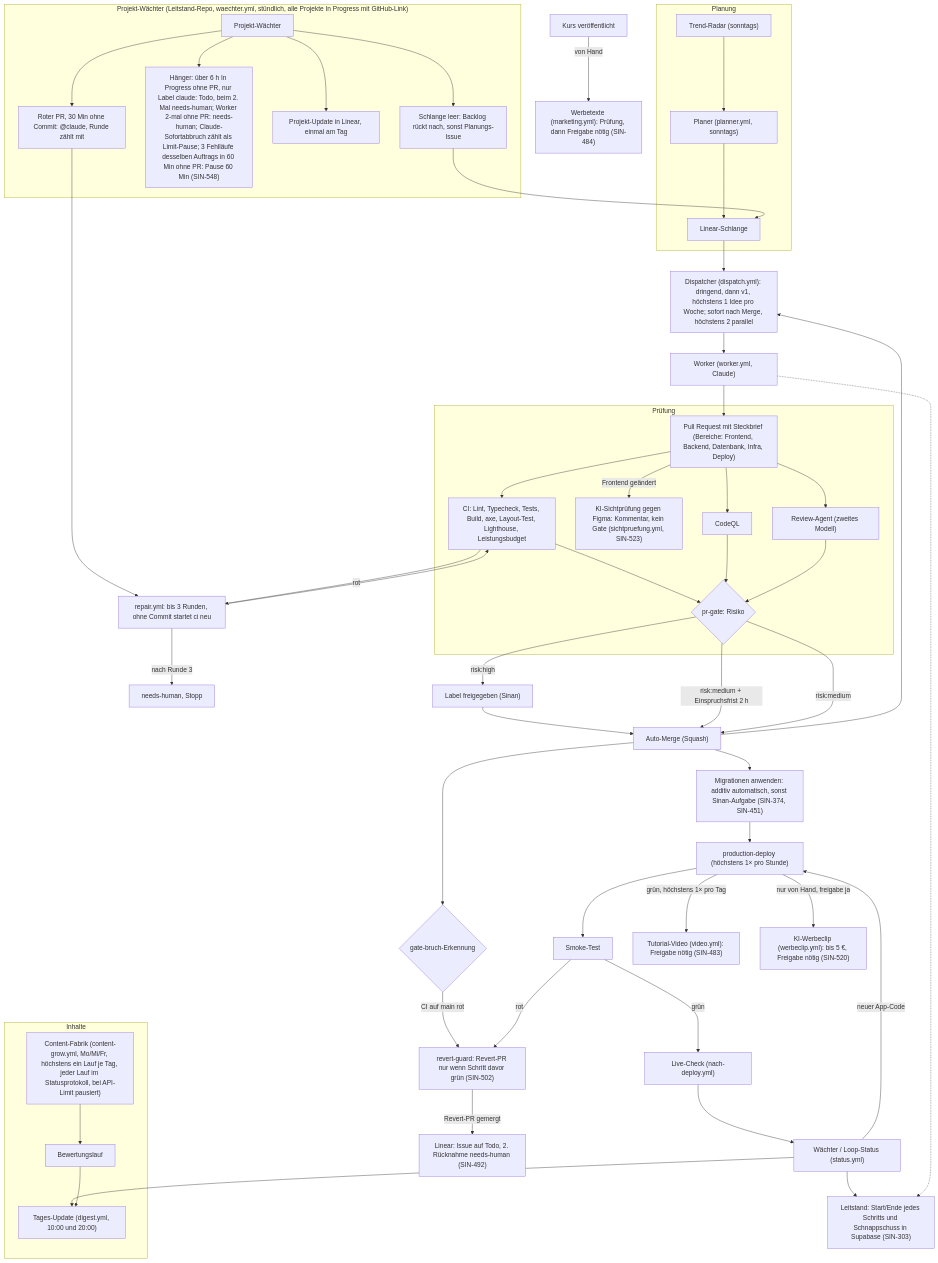
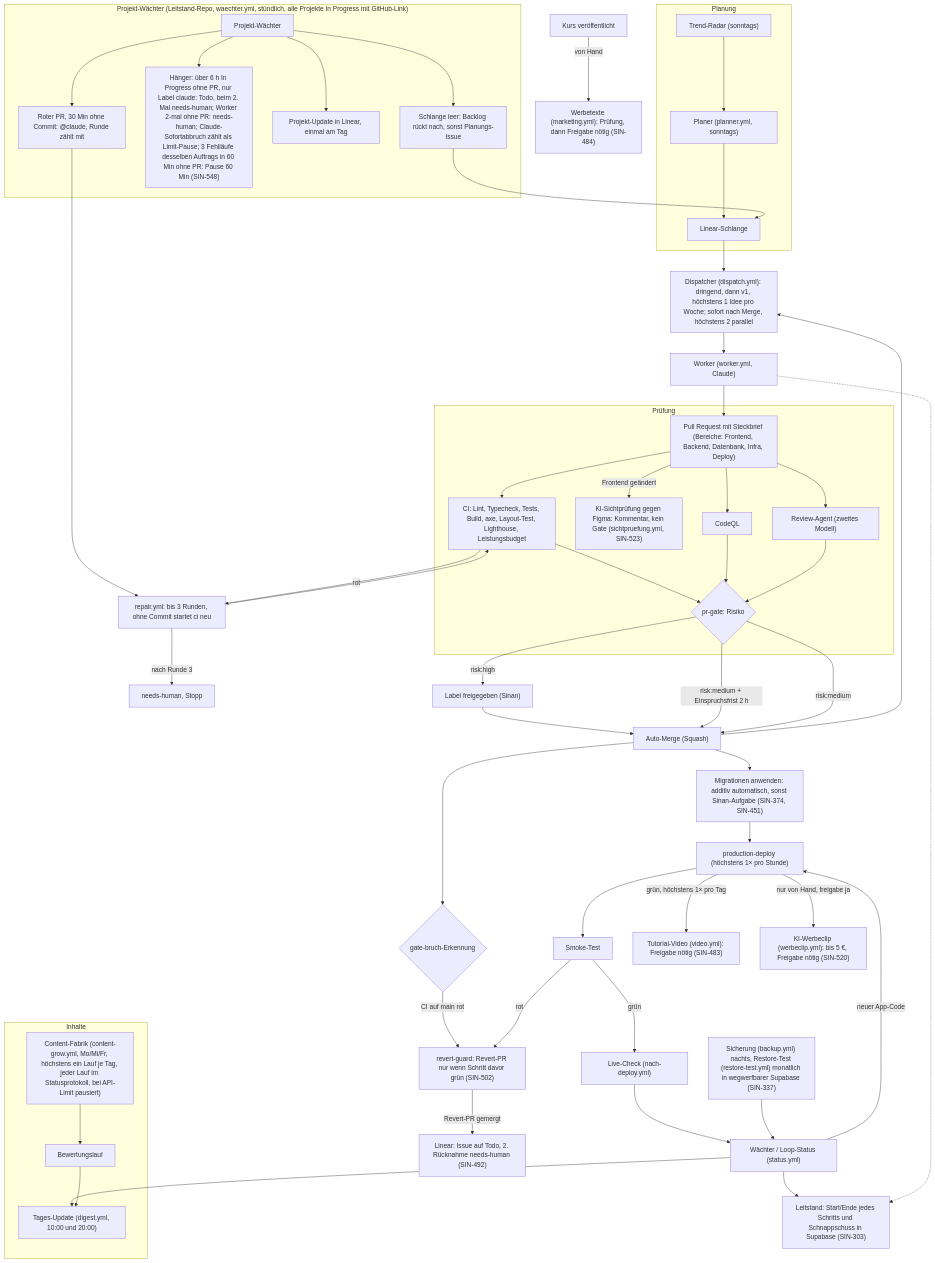
The diagram in README.md (siinanXD/Content-Agent-Lernapp), drawn with Mermaid before and after one commit. The commit also changed 13 other files, not shown here.

Commit message:
feat(ops): Restore-Test der Sicherung monatlich in wegwerfbarer Supabase (SIN-337) (#360)

````diff
--- a/README.md
+++ b/README.md
@@ -72,57 +72,58 @@
 ```mermaid
 %% Pipeline-Ablauf des Loops, Stand main 09.10. (SIN-376). Quelle für das FigJam-Board „Pipeline-Ablauf“.
 %% Ändern sich .github/workflows/ oder scripts/autonomy/, diese Datei im selben PR anpassen.
 flowchart TD
   subgraph Planung
     Radar["Trend-Radar (sonntags)"] --> Planer
     Planer["Planer (planner.yml, sonntags)"] --> Schlange["Linear-Schlange"]
   end
   Schlange --> Dispatcher["Dispatcher (dispatch.yml): dringend, dann v1, höchstens 1 Idee pro Woche; sofort nach Merge, höchstens 2 parallel"]
   Dispatcher --> Worker["Worker (worker.yml, Claude)"]
   Worker --> PR["Pull Request mit Steckbrief (Bereiche: Frontend, Backend, Datenbank, Infra, Deploy)"]
   subgraph Prüfung
     PR --> CI["CI: Lint, Typecheck, Tests, Build, axe, Layout-Test, Lighthouse, Leistungsbudget"]
     PR -- "Frontend geändert" --> Sicht["KI-Sichtprüfung gegen Figma: Kommentar, kein Gate (sichtpruefung.yml, SIN-523)"]
     PR --> CodeQL["CodeQL"]
     PR --> Review["Review-Agent (zweites Modell)"]
     CI --> Gate{"pr-gate: Risiko"}
     CodeQL --> Gate
     Review --> Gate
   end
   CI -- rot --> Repair["repair.yml: bis 3 Runden, ohne Commit startet ci neu"]
   Repair --> CI
   Repair -- "nach Runde 3" --> Mensch["needs-human, Stopp"]
   Gate -- "risk:high" --> Freigabe["Label freigegeben (Sinan)"]
   Freigabe --> Merge
   Gate -- "risk:medium + Einspruchsfrist 2 h" --> Merge
   Gate -- "risk:medium" --> Merge["Auto-Merge (Squash)"]
   Merge --> Dispatcher
   Merge --> Migr["Migrationen anwenden: additiv automatisch, sonst Sinan-Aufgabe (SIN-374, SIN-451)"]
   Merge --> Bruch{"gate-bruch-Erkennung"}
   Bruch -- "CI auf main rot" --> Revert["revert-guard: Revert-PR nur wenn Schritt davor grün (SIN-502)"]
   Revert -- "Revert-PR gemergt" --> LinearTodo["Linear: Issue auf Todo, 2. Rücknahme needs-human (SIN-492)"]
   Migr --> Deploy["production-deploy (höchstens 1× pro Stunde)"]
   Deploy --> Smoke["Smoke-Test"]
   Smoke -- rot --> Revert
   Smoke -- grün --> Live["Live-Check (nach-deploy.yml)"]
   Deploy -- "grün, höchstens 1× pro Tag" --> Video["Tutorial-Video (video.yml): Freigabe nötig (SIN-483)"]
   Deploy -- "nur von Hand, freigabe ja" --> Werbeclip["KI-Werbeclip (werbeclip.yml): bis 5 €, Freigabe nötig (SIN-520)"]
   Kurs["Kurs veröffentlicht"] -- "von Hand" --> Marketing["Werbetexte (marketing.yml): Prüfung, dann Freigabe nötig (SIN-484)"]
   Live --> Waechter["Wächter / Loop-Status (status.yml)"]
   Waechter -- "neuer App-Code" --> Deploy
+  Backup["Sicherung (backup.yml) nachts, Restore-Test (restore-test.yml) monatlich in wegwerfbarer Supabase (SIN-337)"] --> Waechter
   Waechter --> Update["Tages-Update (digest.yml, 10:00 und 20:00)"]
   Waechter --> Leitstand["Leitstand: Start/Ende jedes Schritts und Schnappschuss in Supabase (SIN-303)"]
   Worker -.-> Leitstand
   subgraph Projektwaechter["Projekt-Wächter (Leitstand-Repo, waechter.yml, stündlich, alle Projekte In Progress mit GitHub-Link)"]
     PW["Projekt-Wächter"] --> PWS["Schlange leer: Backlog rückt nach, sonst Planungs-Issue"]
     PW --> PWH["Hänger: über 6 h In Progress ohne PR, nur Label claude: Todo, beim 2. Mal needs-human; Worker 2-mal ohne PR: needs-human; Claude-Sofortabbruch zählt als Limit-Pause; 3 Fehlläufe desselben Auftrags in 60 Min ohne PR: Pause 60 Min (SIN-548)"]
     PW --> PWU["Projekt-Update in Linear, einmal am Tag"]
     PW --> PWR["Roter PR, 30 Min ohne Commit: @claude, Runde zählt mit"]
   end
   PWS --> Schlange
   PWR --> Repair
   subgraph Inhalte
     Fabrik["Content-Fabrik (content-grow.yml, Mo/Mi/Fr, höchstens ein Lauf je Tag, jeder Lauf im Statusprotokoll, bei API-Limit pausiert)"] --> Bewertung["Bewertungslauf"]
     Bewertung --> Update
   end
 ```
````
